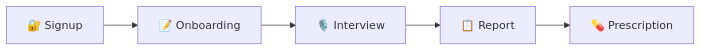
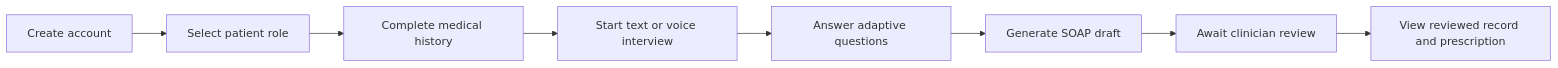
Before and after one commit to BlackAlpha-debug/Medico: the first of 3 diagrams in README.md, drawn with Mermaid. The commit also changed other lines of this file, not shown here.

````diff
--- a/README.md
+++ b/README.md
@@ -227,7 +66,10 @@
 ```mermaid
-graph LR
-    A[🔐 Signup] --> B[📝 Onboarding]
-    B --> C[🎙️ Interview]
-    C --> D[📋 Report]
-    D --> E[💊 Prescription]
+flowchart LR
+    A[Create account] --> B[Select patient role]
+    B --> C[Complete medical history]
+    C --> D[Start text or voice interview]
+    D --> E[Answer adaptive questions]
+    E --> F[Generate SOAP draft]
+    F --> G[Await clinician review]
+    G --> H[View reviewed record and prescription]
 ```
````
